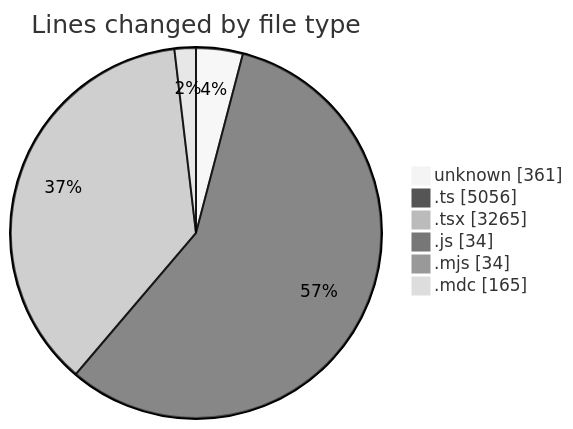
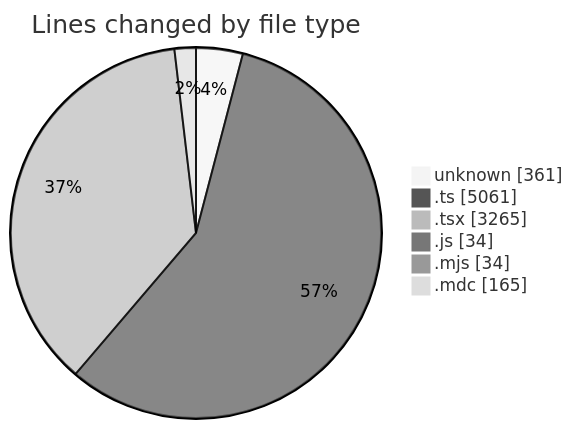
The first of 2 diagrams in 2025-06-13/ecodeli-1/README.md (CELIANVF/code-tracking), drawn with Mermaid (neutral theme) before and after one commit. The commit also changed other lines of this file and 1 other file, not shown here.

````diff
--- a/2025-06-13/ecodeli-1/README.md
+++ b/2025-06-13/ecodeli-1/README.md
@@ -34,10 +34,10 @@
 ```mermaid
 pie showData
 title Lines changed by file type
 "unknown" : 361
-".ts" : 5056
+".ts" : 5061
 ".tsx" : 3265
 ".js" : 34
 ".mjs" : 34
 ".mdc" : 165
 ```
````
